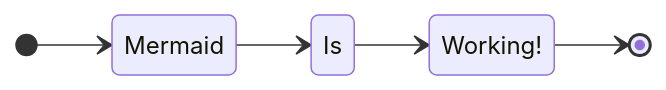
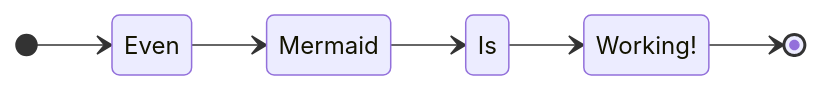
Before and after one commit to Pr0dt0s/obsidian-html-server: the diagram in test-vault/file2.md, drawn with Mermaid. The commit also changed other lines of this file and 16 other files, not shown here.

````diff
--- a/test-vault/file2.md
+++ b/test-vault/file2.md
@@ -26,8 +42,9 @@
 ```mermaid
 stateDiagram-v2
 direction LR
-[*] --> Mermaid
+[*] --> Even
+Even --> Mermaid
 Mermaid --> Is
 Is --> Working!
 Working! --> [*]
 ```
````
